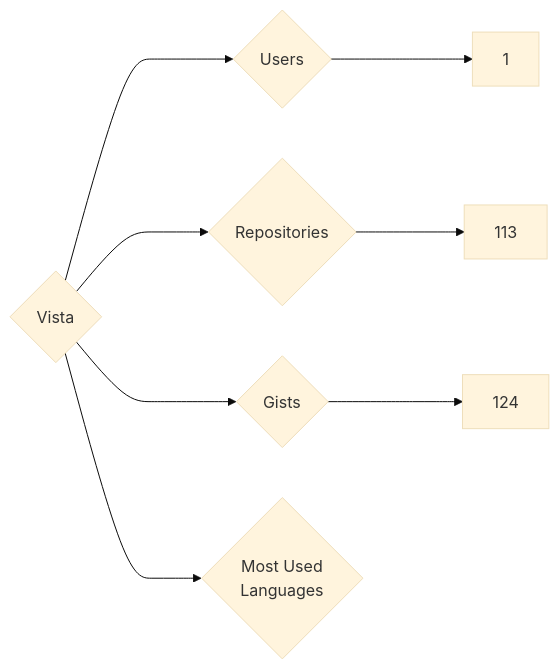
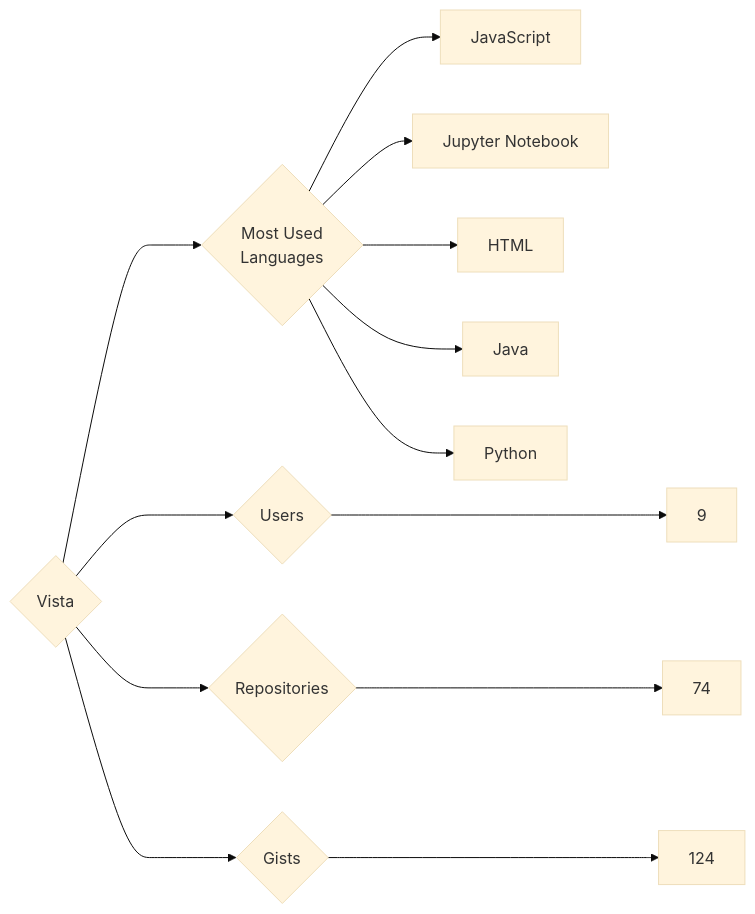
One commit to trickest/insiders changed the diagram in targets/Vista/README.md. Above: the diagram before and after it, drawn with Mermaid (base theme). The commit also changed 823 other files, not shown here.

````diff
--- a/targets/Vista/README.md
+++ b/targets/Vista/README.md
@@ -3,8 +3,13 @@
 ```mermaid
 graph LR
 COMPANY_NAME{Vista}
-COMPANY_NAME ---> U{Users} ---> UN[1]
-COMPANY_NAME ---> R{Repositories} ---> RN[113]
+COMPANY_NAME ---> U{Users} ---> UN[9]
+COMPANY_NAME ---> R{Repositories} ---> RN[74]
 COMPANY_NAME ---> G{Gists} ---> GN[124]
 COMPANY_NAME ---> ML{Most Used<br>Languages}
+ML --> JavaScript[JavaScript]
+ML --> Jupyter_Notebook[Jupyter Notebook]
+ML --> HTML[HTML]
+ML --> Java[Java]
+ML --> Python[Python]
 ```
````
